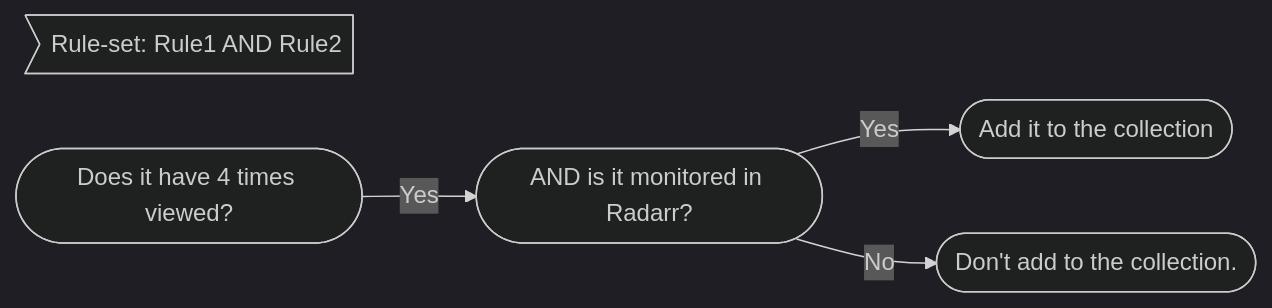
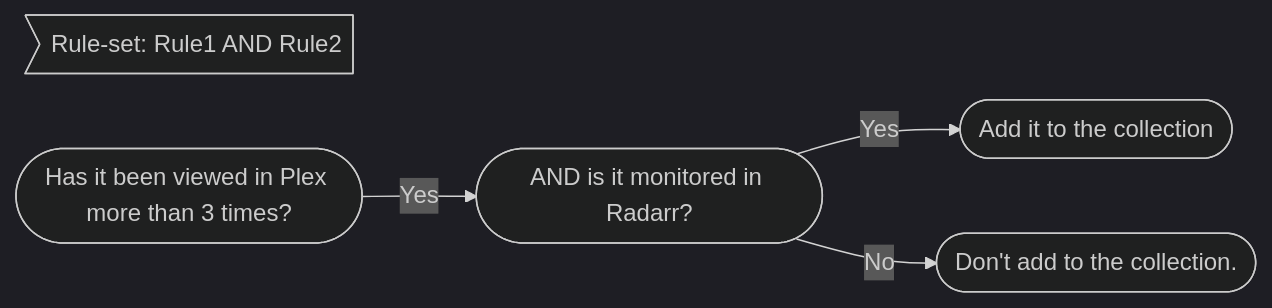
The first of 2 diagrams in Tutorials/Tutorial_S01E02.md (ydkmlt84/Maintainerr_docs), drawn with Mermaid (dark theme) before and after one commit. The commit also changed other lines of this file and 1 other file, not shown here.

````diff
--- a/Tutorials/Tutorial_S01E02.md
+++ b/Tutorials/Tutorial_S01E02.md
@@ -59,7 +59,7 @@
  ```mermaid
  graph LR
  title:>Rule-set: Rule1 AND Rule2]
-A([Does it have 4 times viewed?]) -->|Yes|B([AND is it monitored in Radarr?])
+A([Has it been viewed in Plex more than 3 times?]) -->|Yes|B([AND is it monitored in Radarr?])
     B -->|Yes| C([Add it to the collection])
     B -->|No| D([Don't add to the collection.]) 
 ```
````
